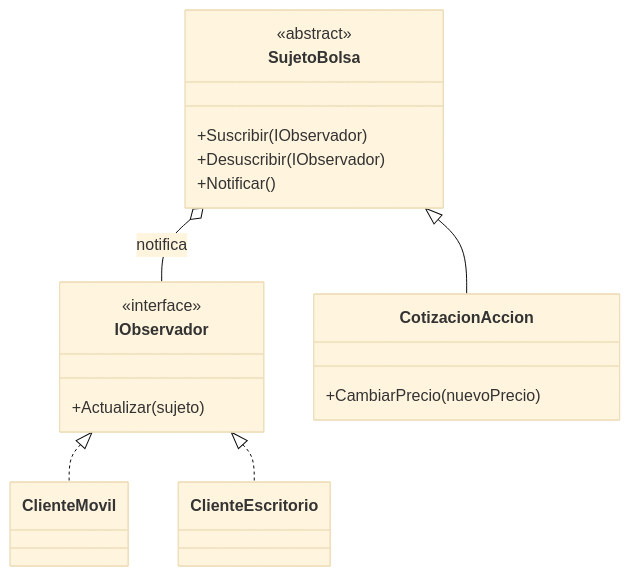
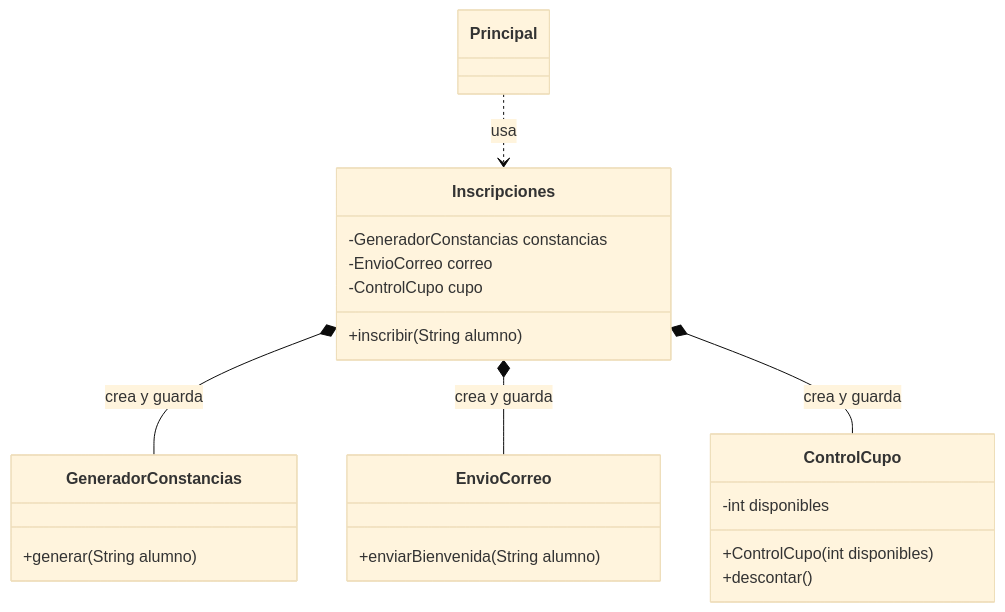
Before and after one commit to carevalomx69/DesignPatterns: the first of 2 diagrams in 07 - Observer/README.md, drawn with Mermaid (base theme). The commit also changed other lines of this file and 15 other files, not shown here.

````diff
--- a/07 - Observer/README.md
+++ b/07 - Observer/README.md
@@ -19,22 +99,25 @@
 ```mermaid
 classDiagram
-    class IObservador {
-        <<interface>>
-        +Actualizar(sujeto)
+    class Inscripciones {
+        -GeneradorConstancias constancias
+        -EnvioCorreo correo
+        -ControlCupo cupo
+        +inscribir(String alumno)
     }
-    class SujetoBolsa {
-        <<abstract>>
-        +Suscribir(IObservador)
-        +Desuscribir(IObservador)
-        +Notificar()
+    class GeneradorConstancias {
+        +generar(String alumno)
     }
-    class CotizacionAccion {
-        +CambiarPrecio(nuevoPrecio)
+    class EnvioCorreo {
+        +enviarBienvenida(String alumno)
     }
-    class ClienteMovil
-    class ClienteEscritorio
-    SujetoBolsa <|-- CotizacionAccion
-    IObservador <|.. ClienteMovil
-    IObservador <|.. ClienteEscritorio
-    SujetoBolsa o-- IObservador : notifica
+    class ControlCupo {
+        -int disponibles
+        +ControlCupo(int disponibles)
+        +descontar()
+    }
+    class Principal
+    Inscripciones *-- GeneradorConstancias : crea y guarda
+    Inscripciones *-- EnvioCorreo : crea y guarda
+    Inscripciones *-- ControlCupo : crea y guarda
+    Principal ..> Inscripciones : usa
 ```
````
